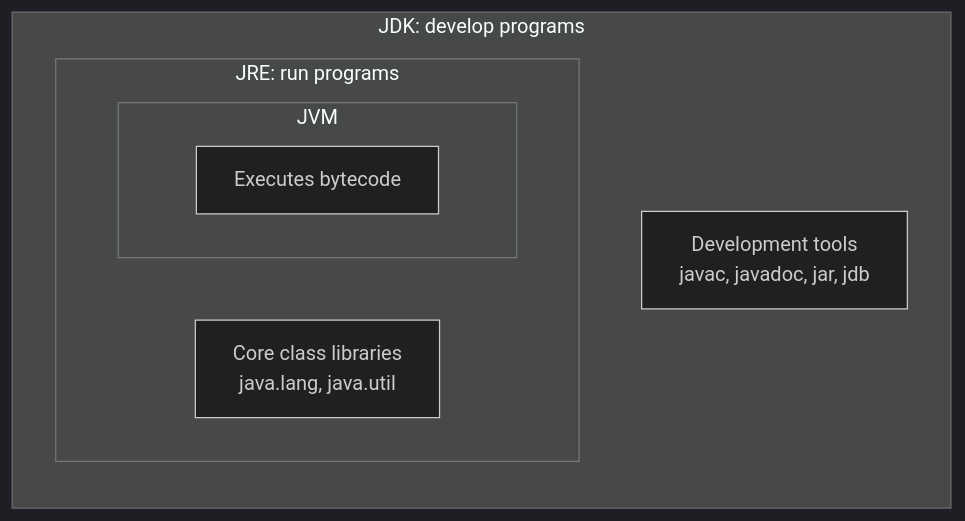
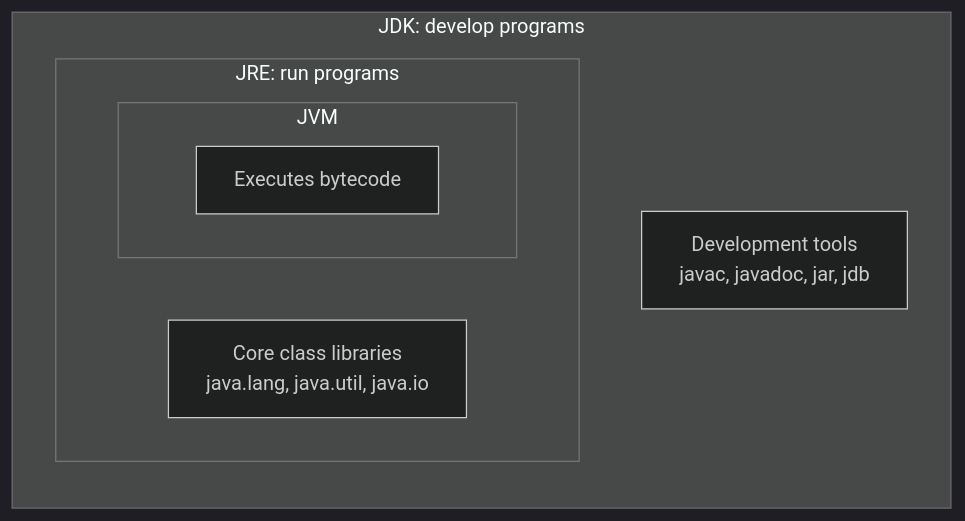
Before and after one commit to dwaidatta/kgec-cse-resources: the first of 12 diagrams in docs/semester-5/PCC-CS-503.md, drawn with Mermaid (dark theme). The commit also changed other lines of this file and 2 other files, not shown here.

````diff
--- a/docs/semester-5/PCC-CS-503.md
+++ b/docs/semester-5/PCC-CS-503.md
@@ -169,12 +176,12 @@
 ```mermaid
 flowchart LR
     subgraph JDK["JDK: develop programs"]
         tools["Development tools<br>javac, javadoc, jar, jdb"]
         subgraph JRE["JRE: run programs"]
-            libs["Core class libraries<br>java.lang, java.util"]
+            libs["Core class libraries<br>java.lang, java.util, java.io"]
             subgraph JVM["JVM"]
                 exec["Executes bytecode"]
             end
         end
     end
 ```
````
